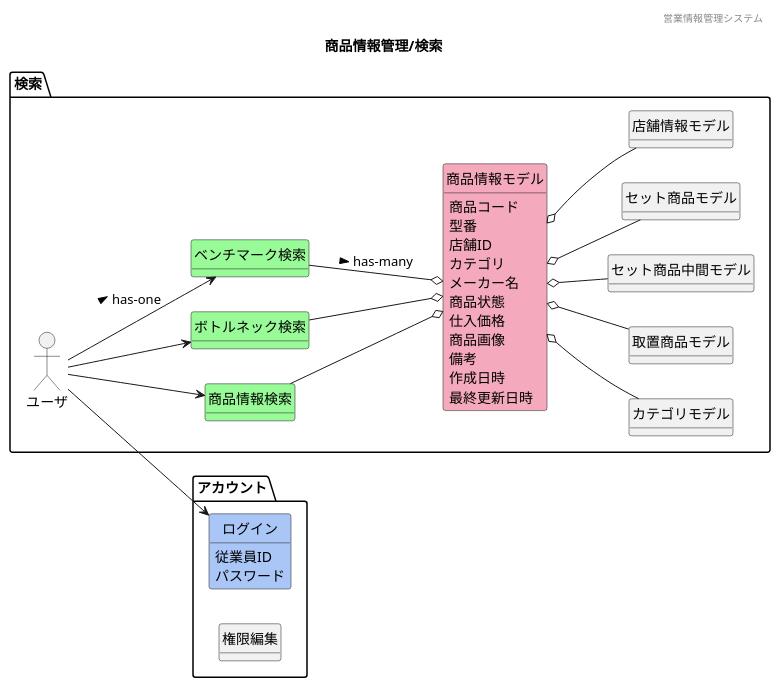
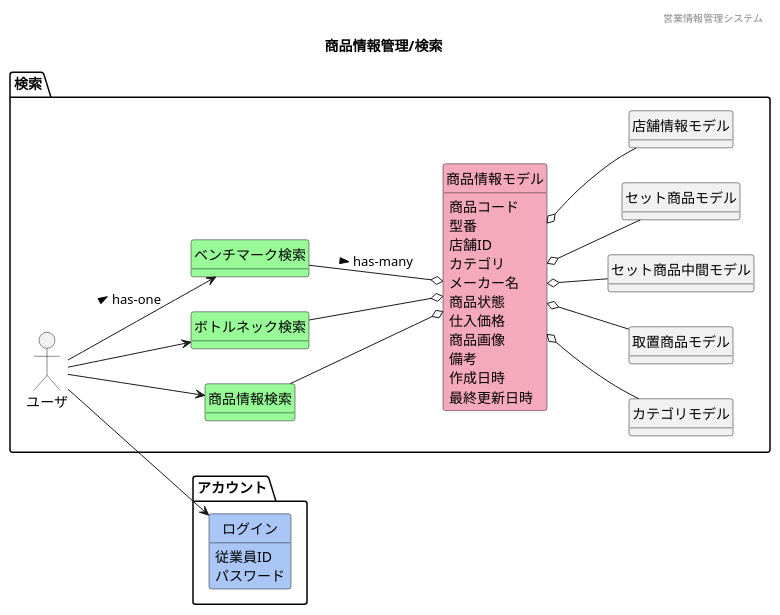
The diagram in 各種設計書/1ドメインモデル図/商品情報管理/F08検索.plantuml (HaruShim/Sotuken), drawn with PlantUML before and after one commit. The commit also changed 27 other files, not shown here.

```diff
--- a/各種設計書/1ドメインモデル図/商品情報管理/F08検索.plantuml
+++ b/各種設計書/1ドメインモデル図/商品情報管理/F08検索.plantuml
@@ -1,77 +1,77 @@
 @startuml images/商品情報管理/検索
 ' ヘッダー
 header 営業情報管理システム
 ' タイトル
 title 商品情報管理/検索
 ' 
 hide circle
 ' 
 hide method
 left to right direction
 
 package "アカウント"{
     class "ログイン" #A9C6F6
-    class "権限編集"
+
 }
 package "検索"{
 'ユーザや外部システム
     mix_actor "ユーザ"
     class "商品情報検索" #98fb98
     class "ボトルネック検索" #98fb98
     class "ベンチマーク検索" #98fb98
     class "商品情報モデル" #F5A9BC
     class "カテゴリモデル"
     class "取置商品モデル"
     class "セット商品中間モデル"
     class "セット商品モデル"
     class "店舗情報モデル"
     
 }
     ' package "マスタ管理"{
     '     ' package ベンチマークマスタ{
     '     '     ' class "CPUベンチマークモデル"
     '     '     ' class "GPUベンチマークモデル"
     '     ' } 
     '     ' class "ボトルネックモデル"
     ' }
     ' class "" #F5A9BC
     ' class "" #ffd700
 
     'モデル同士の関係
     ユーザ --> 商品情報検索
     ユーザ --> ボトルネック検索
     ユーザ --> ベンチマーク検索 : > has-one
     ユーザ --> ログイン
     商品情報検索 --o 商品情報モデル
     ボトルネック検索 --o 商品情報モデル
     ベンチマーク検索 --o 商品情報モデル: > has-many
     商品情報モデル o-- カテゴリモデル
     商品情報モデル o-- 取置商品モデル
     商品情報モデル o-- セット商品モデル
     商品情報モデル o-- セット商品中間モデル
     商品情報モデル o-- 店舗情報モデル
     ' 商品情報モデル o-- マスタ管理
 
     'ドメインクラスの属性
     商品情報モデル : 商品コード
     商品情報モデル : 型番
     商品情報モデル : 店舗ID
     商品情報モデル : カテゴリ
     商品情報モデル : メーカー名
     商品情報モデル : 商品状態
     商品情報モデル : 仕入価格
     商品情報モデル : 商品画像
     商品情報モデル : 備考
     商品情報モデル : 作成日時
     商品情報モデル : 最終更新日時
 
     ' 商品情報モデル : 商品コード
     ' 商品情報モデル : 型番
     ' 商品情報モデル : JANコード
     ' 商品情報モデル : 商品画像
     ' 商品情報モデル : 在庫場所
     ' 商品情報モデル : カテゴリ
     ' 商品情報モデル : 仕入価格
     ログイン : 従業員ID
     ログイン : パスワード
 @enduml
```
